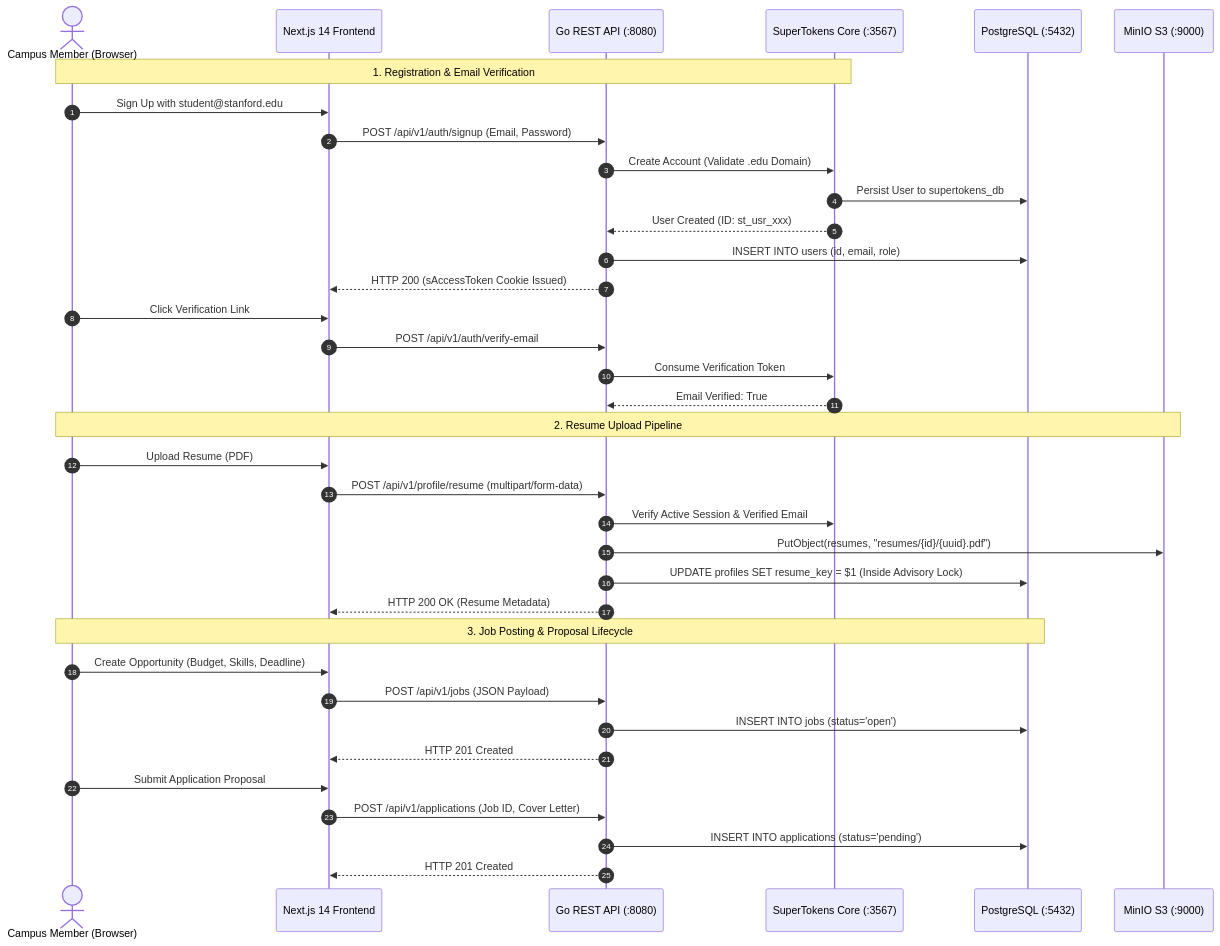
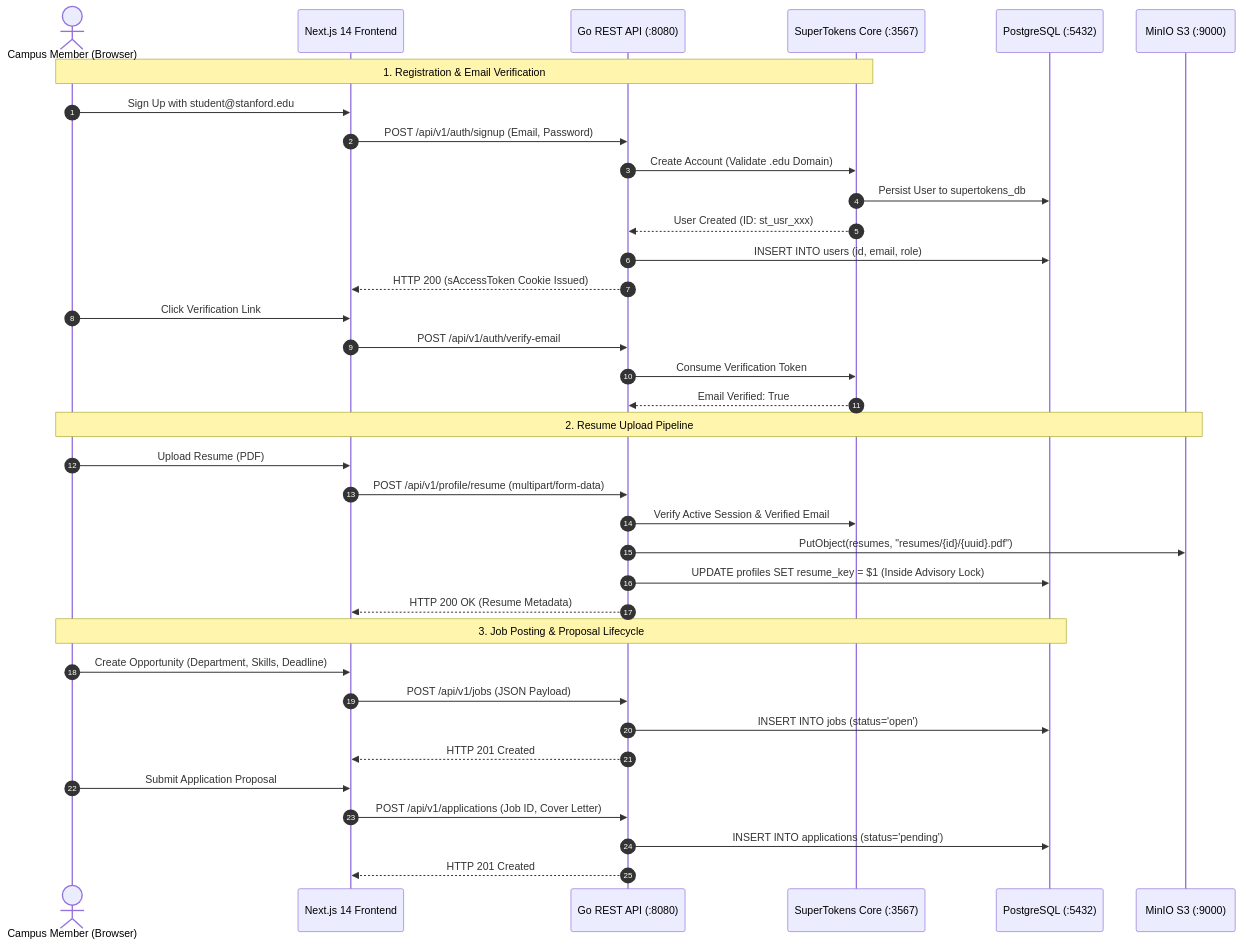
The second of 3 diagrams in docs/architecture/system-architecture.md (BIJJUDAMA/Lynk), drawn with Mermaid before and after one commit. The commit also changed other lines of this file and 43 other files, not shown here.

````diff
--- a/docs/architecture/system-architecture.md
+++ b/docs/architecture/system-architecture.md
@@ -142,42 +142,42 @@
 ```mermaid
 sequenceDiagram
     autonumber
     actor User as Campus Member (Browser)
     participant FE as Next.js 14 Frontend
     participant API as Go REST API (:8080)
     participant ST as SuperTokens Core (:3567)
     participant DB as PostgreSQL (:5432)
     participant S3 as MinIO S3 (:9000)
 
     Note over User,ST: 1. Registration & Email Verification
     User->>FE: Sign Up with student@stanford.edu
     FE->>API: POST /api/v1/auth/signup (Email, Password)
     API->>ST: Create Account (Validate .edu Domain)
     ST->>DB: Persist User to supertokens_db
     ST-->>API: User Created (ID: st_usr_xxx)
     API->>DB: INSERT INTO users (id, email, role)
     API-->>FE: HTTP 200 (sAccessToken Cookie Issued)
     User->>FE: Click Verification Link
     FE->>API: POST /api/v1/auth/verify-email
     API->>ST: Consume Verification Token
     ST-->>API: Email Verified: True
 
     Note over User,S3: 2. Resume Upload Pipeline
     User->>FE: Upload Resume (PDF)
     FE->>API: POST /api/v1/profile/resume (multipart/form-data)
     API->>ST: Verify Active Session & Verified Email
     API->>S3: PutObject(resumes, "resumes/{id}/{uuid}.pdf")
     API->>DB: UPDATE profiles SET resume_key = $1 (Inside Advisory Lock)
     API-->>FE: HTTP 200 OK (Resume Metadata)
 
     Note over User,DB: 3. Job Posting & Proposal Lifecycle
-    User->>FE: Create Opportunity (Budget, Skills, Deadline)
+    User->>FE: Create Opportunity (Department, Skills, Deadline)
     FE->>API: POST /api/v1/jobs (JSON Payload)
     API->>DB: INSERT INTO jobs (status='open')
     API-->>FE: HTTP 201 Created
 
     User->>FE: Submit Application Proposal
     FE->>API: POST /api/v1/applications (Job ID, Cover Letter)
     API->>DB: INSERT INTO applications (status='pending')
     API-->>FE: HTTP 201 Created
 ```
````
